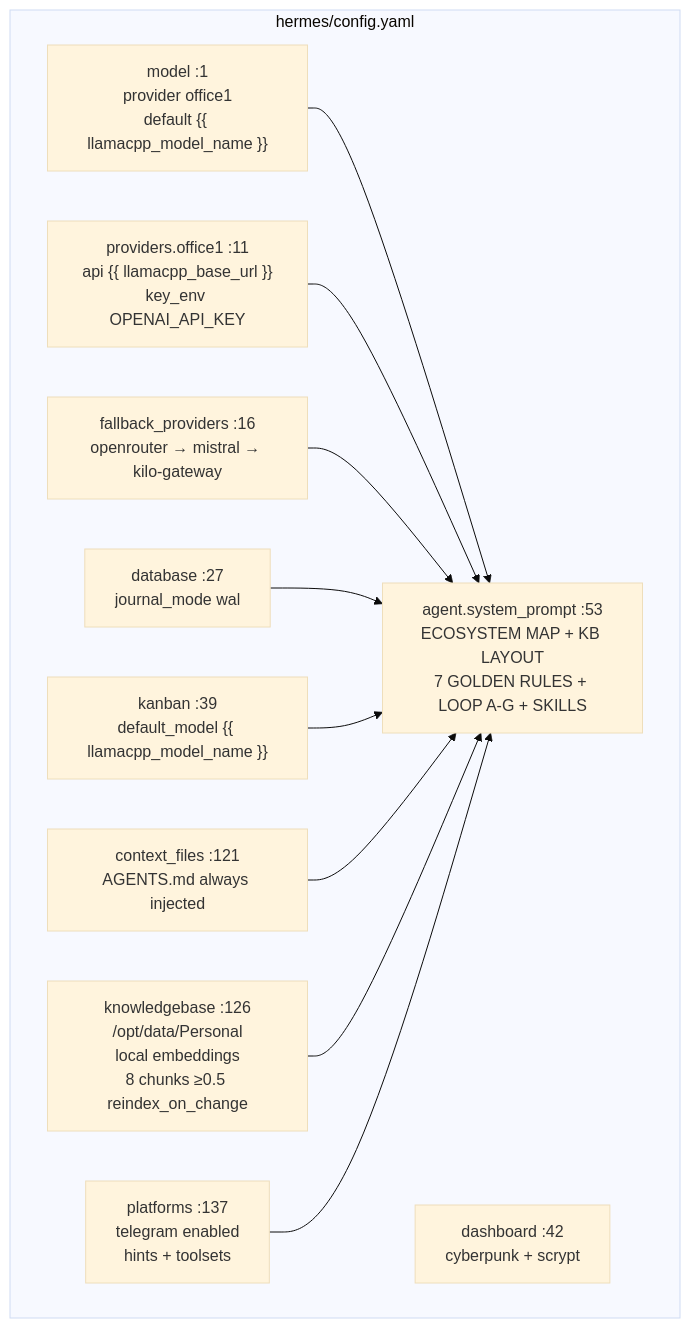
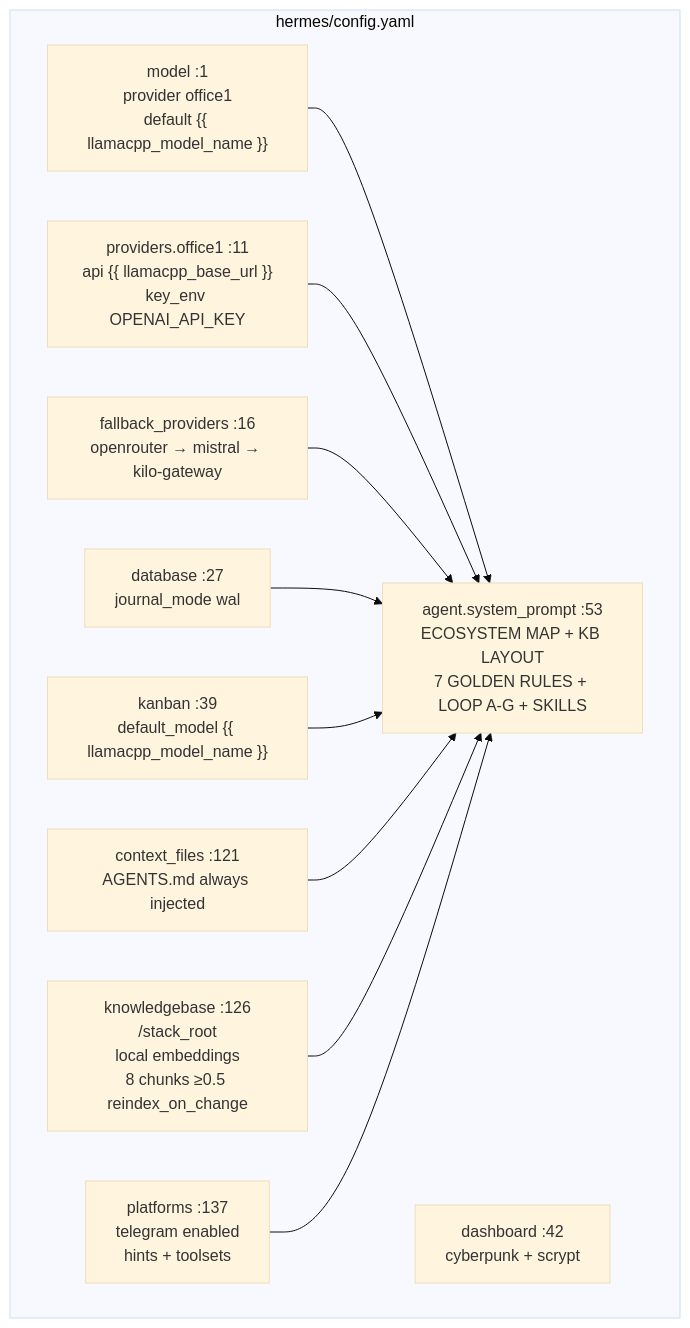
One commit to ayedaemon/pai-stack changed the third of 4 diagrams in docs/BLUEPRINT.md. Above: the diagram before and after it, drawn with Mermaid (base theme). The commit also changed other lines of this file and 37 other files, not shown here.

````diff
--- a/docs/BLUEPRINT.md
+++ b/docs/BLUEPRINT.md
@@ -119,16 +119,16 @@
 ```mermaid
 flowchart TB
     subgraph ConfigAnatomy["hermes/config.yaml"]
         C1["model :1<br/>provider office1<br/>default {{ llamacpp_model_name }}"]
         C2["providers.office1 :11<br/>api {{ llamacpp_base_url }}<br/>key_env OPENAI_API_KEY"]
         C3["fallback_providers :16<br/>openrouter → mistral → kilo-gateway"]
         C4["database :27<br/>journal_mode wal"]
         C5["kanban :39<br/>default_model {{ llamacpp_model_name }}"]
         C6["dashboard :42<br/>cyberpunk + scrypt"]
         C7["agent.system_prompt :53<br/>ECOSYSTEM MAP + KB LAYOUT<br/>7 GOLDEN RULES + LOOP A-G + SKILLS"]
         C8["context_files :121<br/>AGENTS.md always injected"]
-        C9["knowledgebase :126<br/>/opt/data/Personal<br/>local embeddings<br/>8 chunks ≥0.5 reindex_on_change"]
+        C9["knowledgebase :126<br/>/stack_root<br/>local embeddings<br/>8 chunks ≥0.5 reindex_on_change"]
         C10["platforms :137<br/>telegram enabled<br/>hints + toolsets"]
     end
     C1 & C2 & C3 & C4 & C5 & C8 & C9 & C10 --> C7
 ```
````
